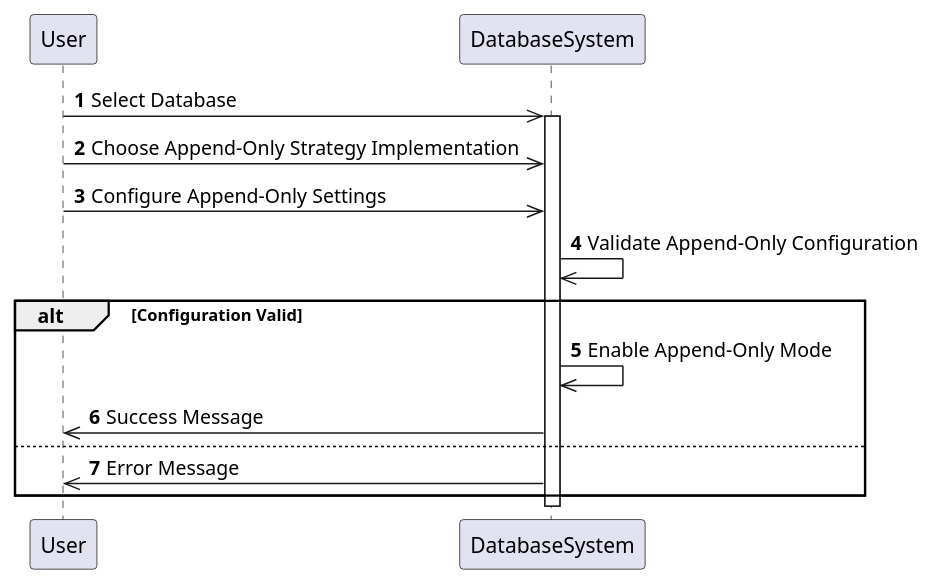
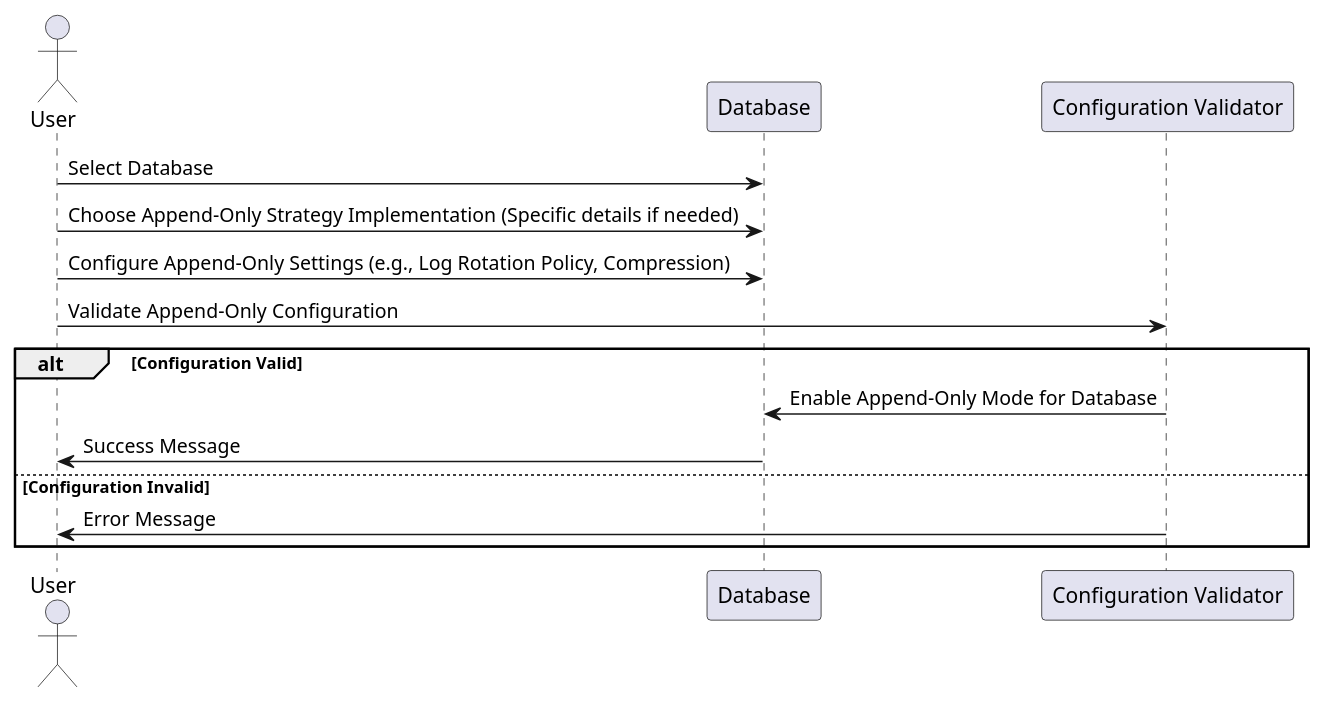
Before and after one commit to adam-omah/Final-Year-Project-Documents: the diagram in PlantUML/SequenceDiagrams/ApplyAppendOnly_Sequence.puml, drawn with PlantUML. The commit also changed 18 other files, not shown here.

```diff
--- a/PlantUML/SequenceDiagrams/ApplyAppendOnly_Sequence.puml
+++ b/PlantUML/SequenceDiagrams/ApplyAppendOnly_Sequence.puml
@@ -1,24 +1,18 @@
 @startuml
-'https://plantuml.com/sequence-diagram
 
-autonumber
-participant User
-participant DatabaseSystem
+actor User
+participant "Database" as db
+participant "Configuration Validator" as validator
 
-User->>DatabaseSystem: Select Database
-activate DatabaseSystem
-
-User->>DatabaseSystem: Choose Append-Only Strategy Implementation
-User->>DatabaseSystem: Configure Append-Only Settings
-
-DatabaseSystem->>DatabaseSystem: Validate Append-Only Configuration
-
+User -> db : Select Database
+User -> db : Choose Append-Only Strategy Implementation (Specific details if needed)
+User -> db : Configure Append-Only Settings (e.g., Log Rotation Policy, Compression)
+User -> validator : Validate Append-Only Configuration
 alt Configuration Valid
-    DatabaseSystem->>DatabaseSystem: Enable Append-Only Mode
-    DatabaseSystem->>User: Success Message
-else
-    DatabaseSystem->>User: Error Message
+    validator -> db : Enable Append-Only Mode for Database
+    db -> User : Success Message
+else Configuration Invalid
+    validator -> User : Error Message
 end
 
-deactivate DatabaseSystem
 @enduml
```
